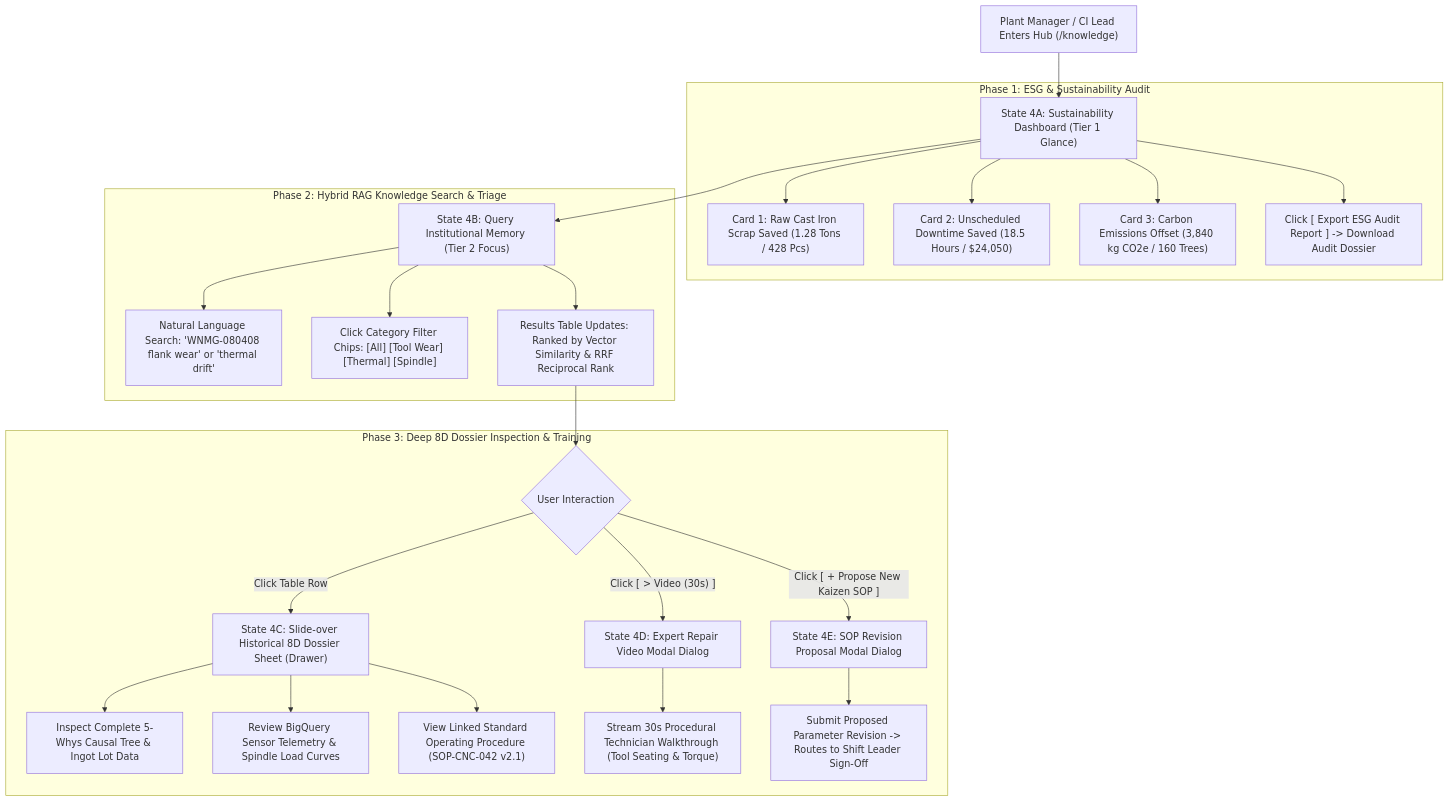
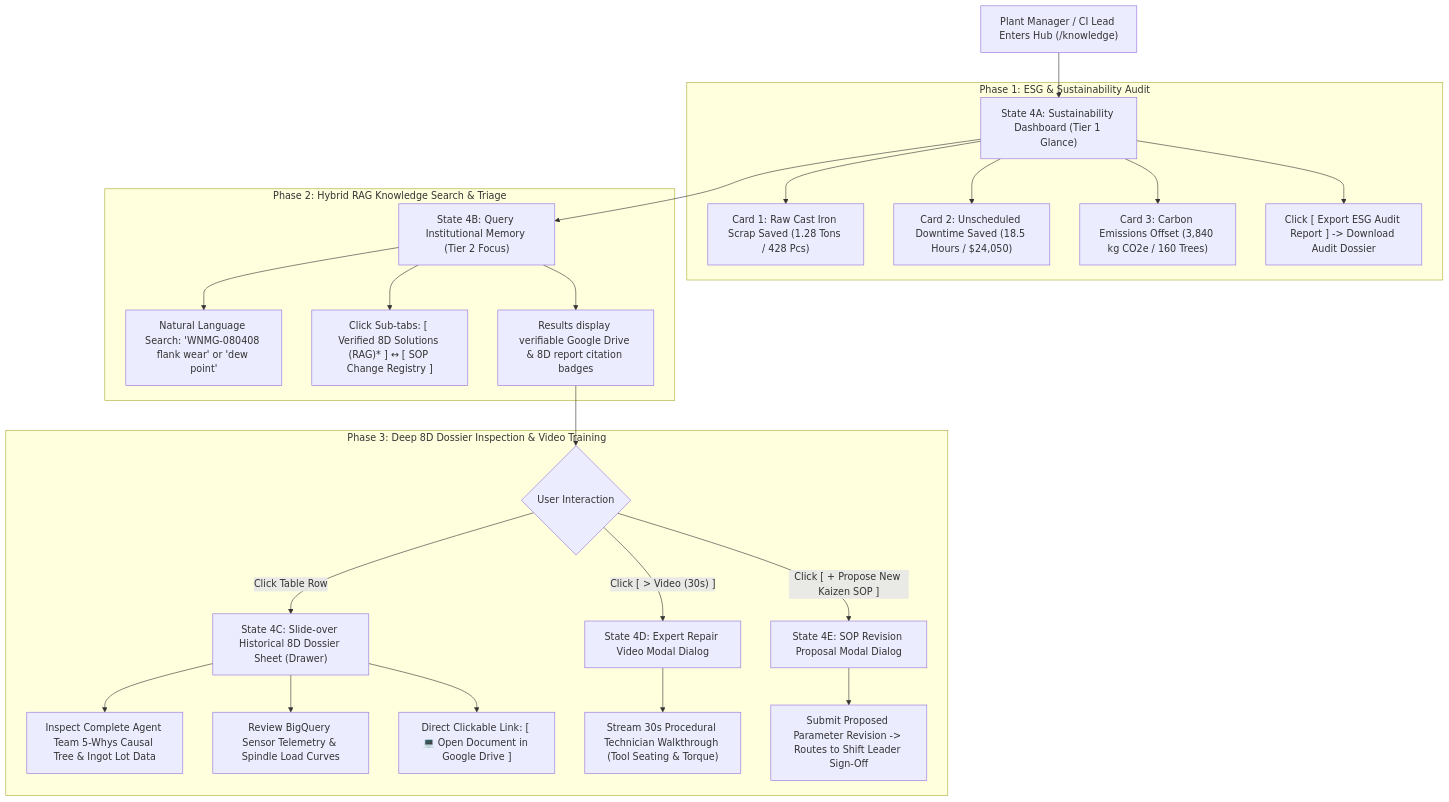
The diagram in docs/wireframes/04_knowledge_sustainability_hub.md (vanduc2514/hackathon-builder-cup-manufacturing-anomaly), drawn with Mermaid before and after one commit. The commit also changed other lines of this file and 9 other files, not shown here.

````diff
--- a/docs/wireframes/04_knowledge_sustainability_hub.md
+++ b/docs/wireframes/04_knowledge_sustainability_hub.md
@@ -15,32 +16,32 @@
 ```mermaid
 flowchart TD
     A["Plant Manager / CI Lead Enters Hub (/knowledge)"] --> B["State 4A: Sustainability Dashboard (Tier 1 Glance)"]
     
     subgraph ESG ["Phase 1: ESG & Sustainability Audit"]
         B --> B1["Card 1: Raw Cast Iron Scrap Saved (1.28 Tons / 428 Pcs)"]
         B --> B2["Card 2: Unscheduled Downtime Saved (18.5 Hours / $24,050)"]
         B --> B3["Card 3: Carbon Emissions Offset (3,840 kg CO2e / 160 Trees)"]
         B --> B4["Click [ Export ESG Audit Report ] -> Download Audit Dossier"]
     end
     
     subgraph RAG ["Phase 2: Hybrid RAG Knowledge Search & Triage"]
         B --> C["State 4B: Query Institutional Memory (Tier 2 Focus)"]
-        C --> C1["Natural Language Search: 'WNMG-080408 flank wear' or 'thermal drift'"]
-        C --> C2["Click Category Filter Chips: [All] [Tool Wear] [Thermal] [Spindle]"]
-        C --> C3["Results Table Updates: Ranked by Vector Similarity & RRF Reciprocal Rank"]
+        C --> C1["Natural Language Search: 'WNMG-080408 flank wear' or 'dew point'"]
+        C --> C2["Click Sub-tabs: [ Verified 8D Solutions (RAG)* ] ↔ [ SOP Change Registry ]"]
+        C --> C3["Results display verifiable Google Drive & 8D report citation badges"]
     end
     
-    subgraph DeepDive ["Phase 3: Deep 8D Dossier Inspection & Training"]
+    subgraph DeepDive ["Phase 3: Deep 8D Dossier Inspection & Video Training"]
         C3 --> D{"User Interaction"}
         D -->|"Click Table Row"| E["State 4C: Slide-over Historical 8D Dossier Sheet (Drawer)"]
-        E --> E1["Inspect Complete 5-Whys Causal Tree & Ingot Lot Data"]
+        E --> E1["Inspect Complete Agent Team 5-Whys Causal Tree & Ingot Lot Data"]
         E --> E2["Review BigQuery Sensor Telemetry & Spindle Load Curves"]
-        E --> E3["View Linked Standard Operating Procedure (SOP-CNC-042 v2.1)"]
+        E --> E3["Direct Clickable Link: [ 💻 Open Document in Google Drive ]"]
         
         D -->|"Click [ > Video (30s) ]"| F["State 4D: Expert Repair Video Modal Dialog"]
         F --> F1["Stream 30s Procedural Technician Walkthrough (Tool Seating & Torque)"]
         
         D -->|"Click [ + Propose New Kaizen SOP ]"| G["State 4E: SOP Revision Proposal Modal Dialog"]
         G --> G1["Submit Proposed Parameter Revision -> Routes to Shift Leader Sign-Off"]
     end
 ```
````
